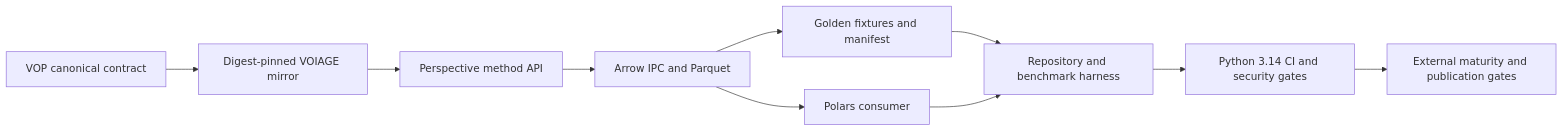
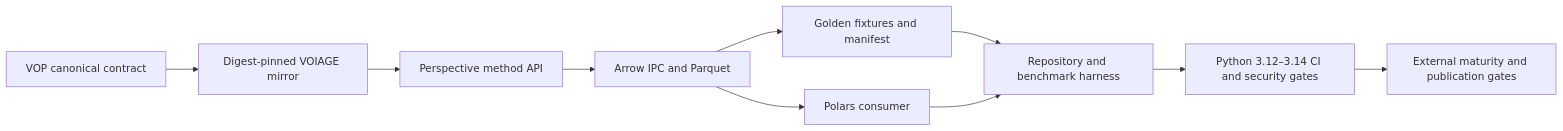
One commit to edithatogo/voiage changed the first of 5 diagrams in conductor/design.md. Above: the diagram before and after it, drawn with Mermaid. The commit also changed other lines of this file and 9 other files, not shown here.

````diff
--- a/conductor/design.md
+++ b/conductor/design.md
@@ -3,22 +3,22 @@
 ```mermaid
 flowchart LR
     VOP[VOP canonical contract]
     Mirror[Digest-pinned VOIAGE mirror]
     Perspective[Perspective method API]
     Arrow[Arrow IPC and Parquet]
     Polars[Polars consumer]
     Fixtures[Golden fixtures and manifest]
     Harness[Repository and benchmark harness]
-    CI[Python 3.14 CI and security gates]
+    CI[Python 3.12–3.14 CI and security gates]
     External[External maturity and publication gates]
 
     VOP --> Mirror
     Mirror --> Perspective
     Perspective --> Arrow
     Arrow --> Polars
     Arrow --> Fixtures
     Fixtures --> Harness
     Polars --> Harness
     Harness --> CI
     CI --> External
 ```
````
